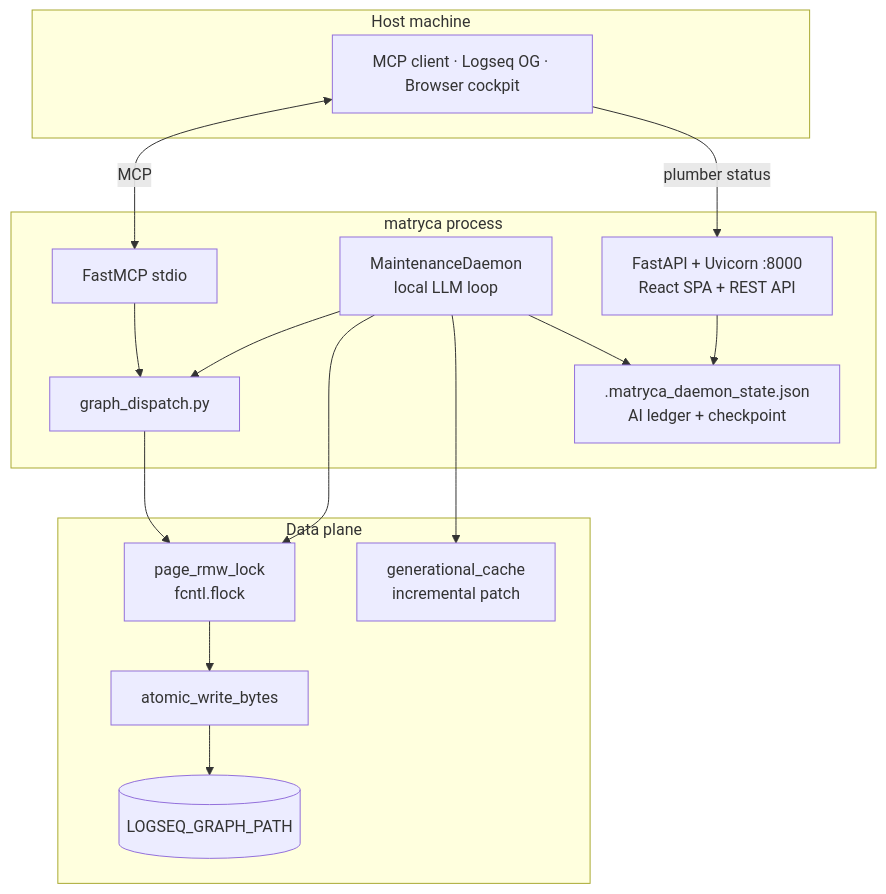
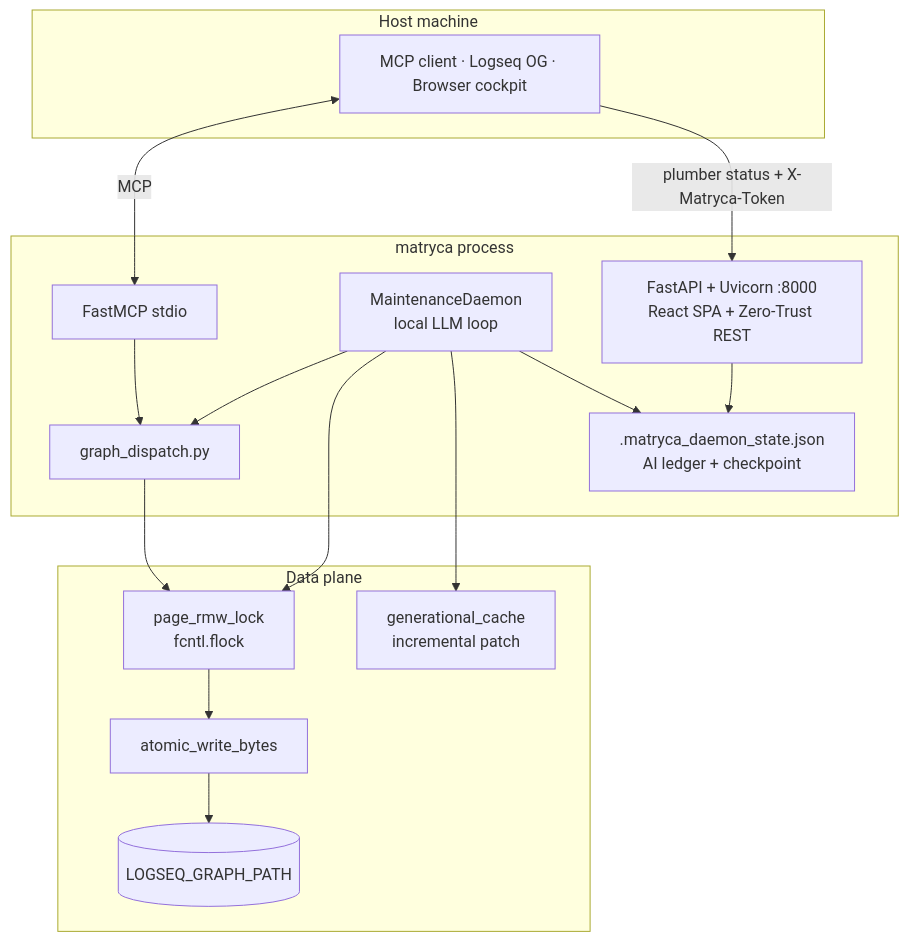
Before and after one commit to MarcoPorcellato/matryca-logseq-llm-wiki: the diagram in README.md, drawn with Mermaid. The commit also changed other lines of this file and 2 other files, not shown here.

Commit message:
docs: align architecture specs with v1.5 Zero-Trust and Ironclad security features

````diff
--- a/README.md
+++ b/README.md
@@ -269,30 +282,30 @@
 ```mermaid
 flowchart TB
   subgraph host["Host machine"]
     IDE["MCP client · Logseq OG · Browser cockpit"]
   end
   subgraph proc["matryca process"]
     MCP["FastMCP stdio"]
     PLUMBER["MaintenanceDaemon\nlocal LLM loop"]
-    UI["FastAPI + Uvicorn :8000\nReact SPA + REST API"]
+    UI["FastAPI + Uvicorn :8000\nReact SPA + Zero-Trust REST"]
     GD["graph_dispatch.py"]
     MCP --> GD
     PLUMBER --> GD
     UI --> STATE
   end
   subgraph data["Data plane"]
     FS[("LOGSEQ_GRAPH_PATH")]
     LOCK["page_rmw_lock\nfcntl.flock"]
     ATW["atomic_write_bytes"]
     GC["generational_cache\nincremental patch"]
     STATE[".matryca_daemon_state.json\nAI ledger + checkpoint"]
   end
   IDE <-->|MCP| MCP
-  IDE -->|plumber status| UI
+  IDE -->|plumber status + X-Matryca-Token| UI
   PLUMBER --> LOCK
   GD --> LOCK
   LOCK --> ATW
   ATW --> FS
   PLUMBER --> GC
   PLUMBER --> STATE
 ```
````
